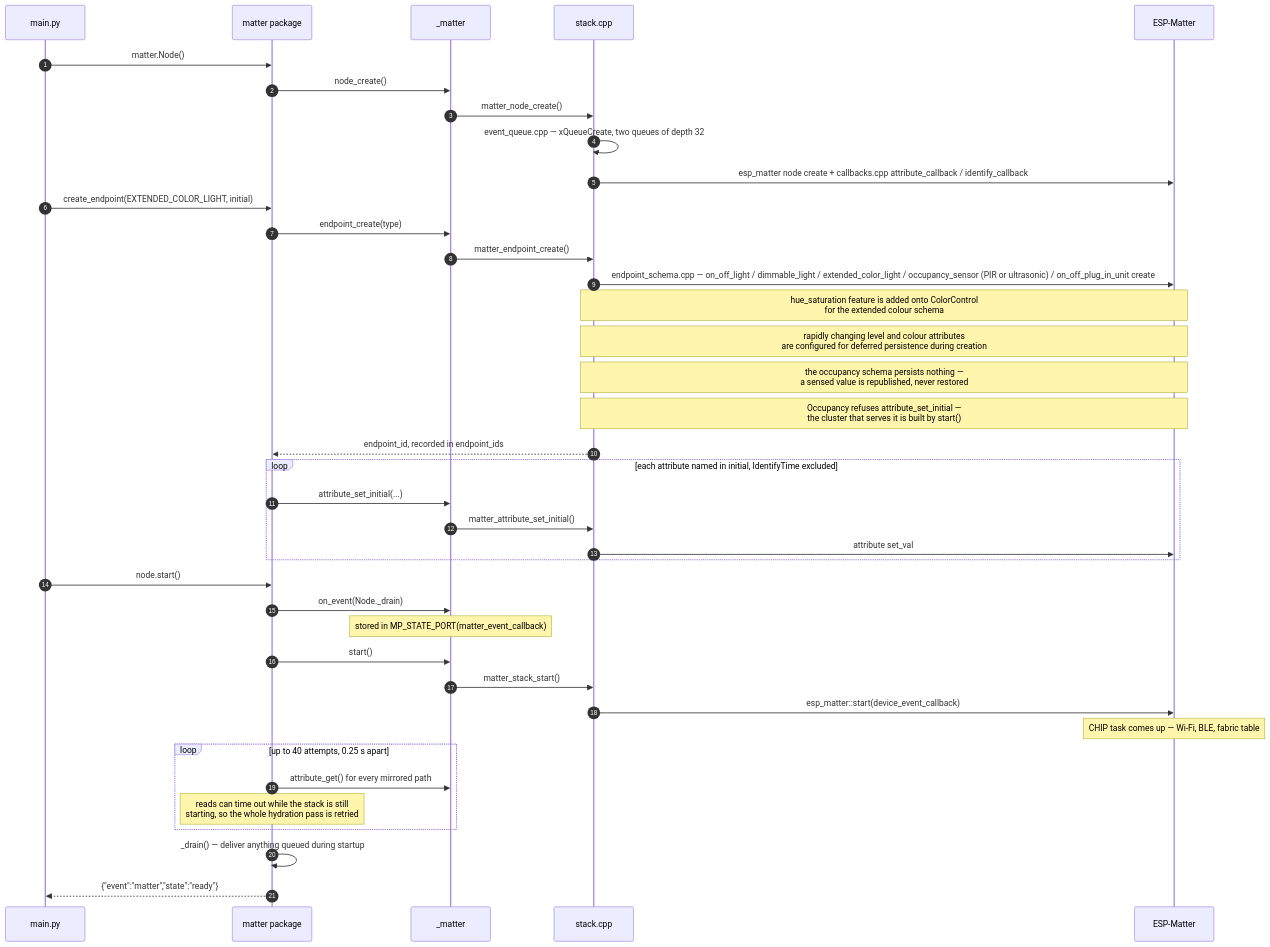
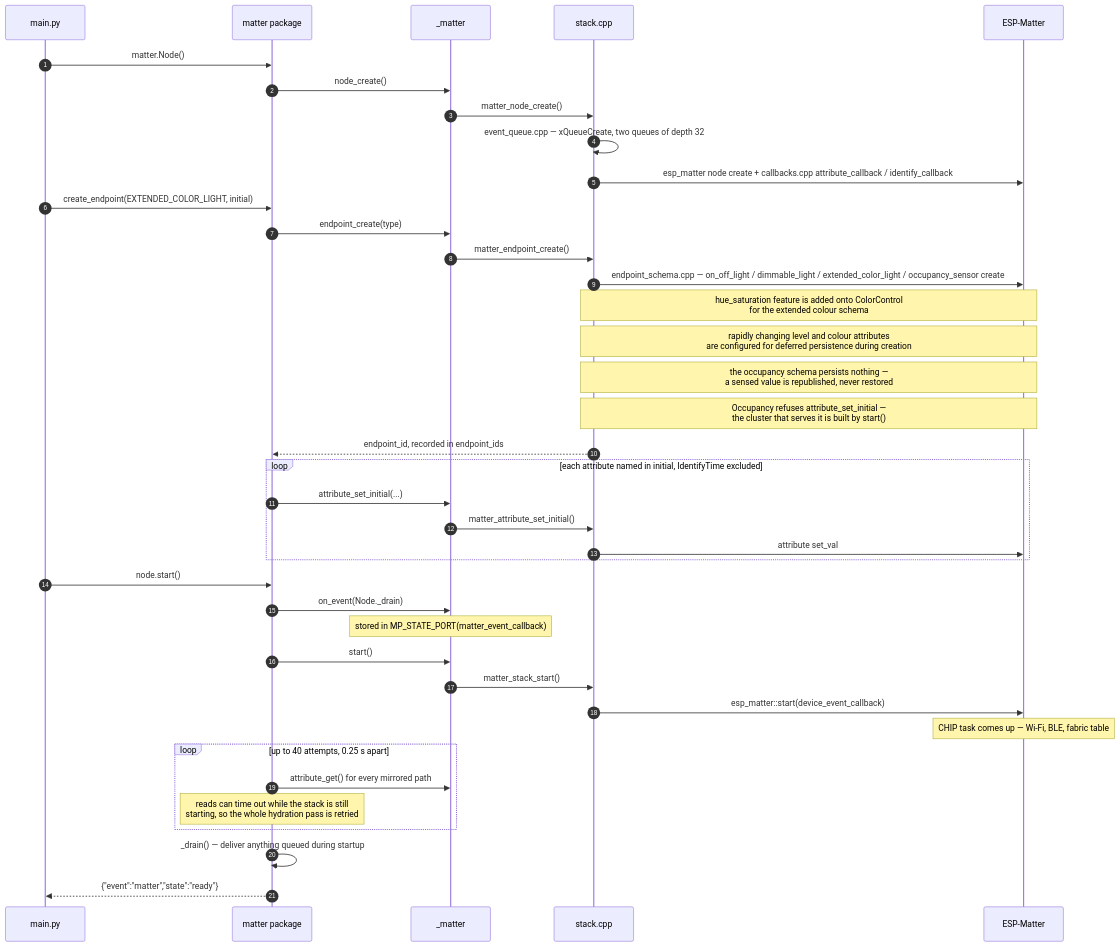
One commit to khlam/micropython-boardfarm changed the second of 5 diagrams in firmware-packages/matter/ARCHITECTURE.md. Above: the diagram before and after it, drawn with Mermaid. The commit also changed other lines of this file and 9 other files, not shown here.

````diff
--- a/firmware-packages/matter/ARCHITECTURE.md
+++ b/firmware-packages/matter/ARCHITECTURE.md
@@ -75,44 +75,44 @@
 ```mermaid
 sequenceDiagram
     autonumber
     participant app as main.py
     participant py as matter package
     participant mod as _matter
     participant st as stack.cpp
     participant esp as ESP-Matter
 
     app->>py: matter.Node()
     py->>mod: node_create()
     mod->>st: matter_node_create()
     st->>st: event_queue.cpp — xQueueCreate, two queues of depth 32
     st->>esp: esp_matter node create + callbacks.cpp attribute_callback / identify_callback
 
     app->>py: create_endpoint(EXTENDED_COLOR_LIGHT, initial)
     py->>mod: endpoint_create(type)
     mod->>st: matter_endpoint_create()
-    st->>esp: endpoint_schema.cpp — on_off_light / dimmable_light / extended_color_light / occupancy_sensor (PIR or ultrasonic) / on_off_plug_in_unit create
+    st->>esp: endpoint_schema.cpp — on_off_light / dimmable_light / extended_color_light / occupancy_sensor create
     Note over st,esp: hue_saturation feature is added onto ColorControl<br/>for the extended colour schema
     Note over st,esp: rapidly changing level and colour attributes<br/>are configured for deferred persistence during creation
     Note over st,esp: the occupancy schema persists nothing —<br/>a sensed value is republished, never restored
     Note over st,esp: Occupancy refuses attribute_set_initial —<br/>the cluster that serves it is built by start()
     st-->>py: endpoint_id, recorded in endpoint_ids
     loop each attribute named in initial, IdentifyTime excluded
         py->>mod: attribute_set_initial(...)
         mod->>st: matter_attribute_set_initial()
         st->>esp: attribute set_val
     end
 
     app->>py: node.start()
     py->>mod: on_event(Node._drain)
     Note over mod: stored in MP_STATE_PORT(matter_event_callback)
     py->>mod: start()
     mod->>st: matter_stack_start()
     st->>esp: esp_matter::start(device_event_callback)
     Note over esp: CHIP task comes up — Wi-Fi, BLE, fabric table
     loop up to 40 attempts, 0.25 s apart
         py->>mod: attribute_get() for every mirrored path
         Note over py: reads can time out while the stack is still<br/>starting, so the whole hydration pass is retried
     end
     py->>py: _drain() — deliver anything queued during startup
     py-->>app: {"event":"matter","state":"ready"}
 ```
````
